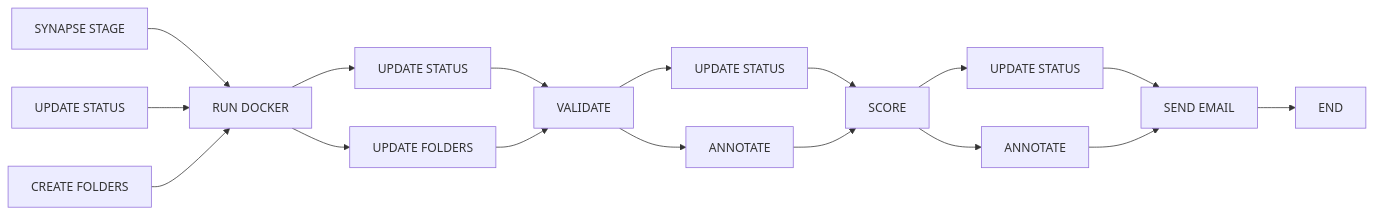
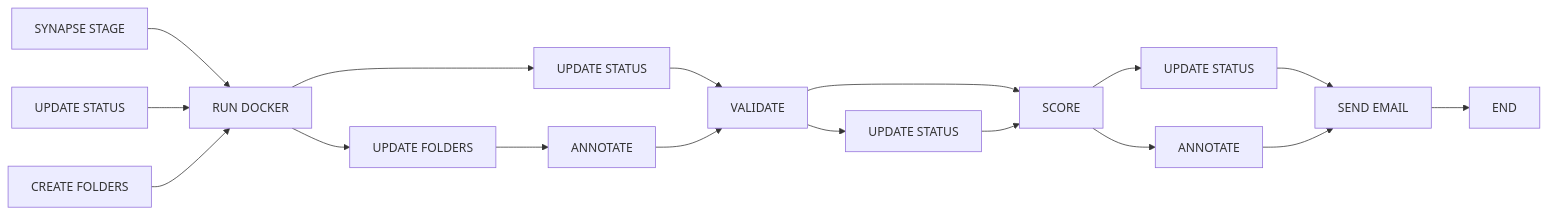
The first of 2 diagrams in README.md (vpchung/nf-synapse-challenge), drawn with Mermaid before and after one commit. The commit also changed 4 other files, not shown here.

````diff
--- a/README.md
+++ b/README.md
@@ -60,19 +60,19 @@
 ```mermaid
 flowchart LR;
     A[SYNAPSE STAGE]-->E[RUN DOCKER];
     B[UPDATE STATUS]-->E;
     C[CREATE FOLDERS]-->E;
     E-->G[UPDATE STATUS];
     E-->H[UPDATE FOLDERS];
+    H-->K[ANNOTATE];
     G-->I[VALIDATE];
-    H-->I;
+    K-->I;
     I-->J[UPDATE STATUS];
-    I-->K[ANNOTATE];
-    J-->L[SCORE];
-    K-->L;
+    I-->L[SCORE];
+    J-->L;
     L-->M[UPDATE STATUS];
     L-->N[ANNOTATE];
     M-->O;
     N-->O[SEND EMAIL];
     O-->P[END];
 ```
````
